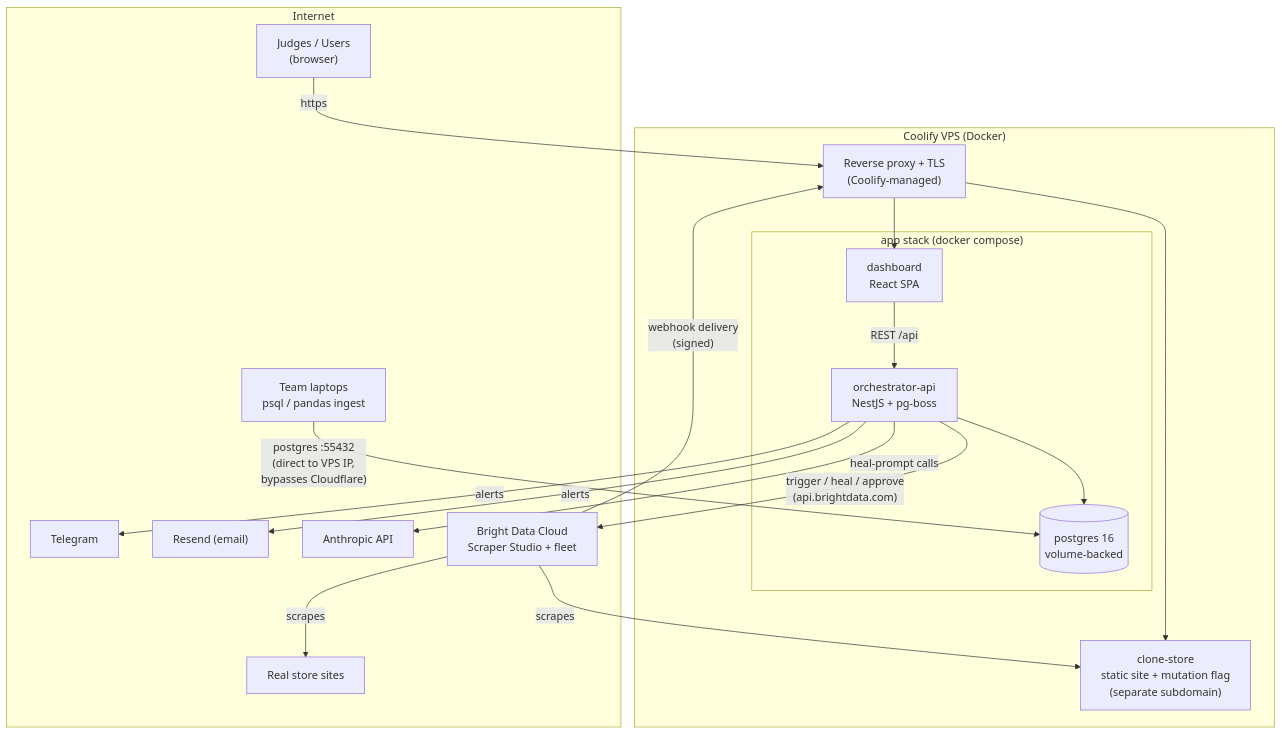
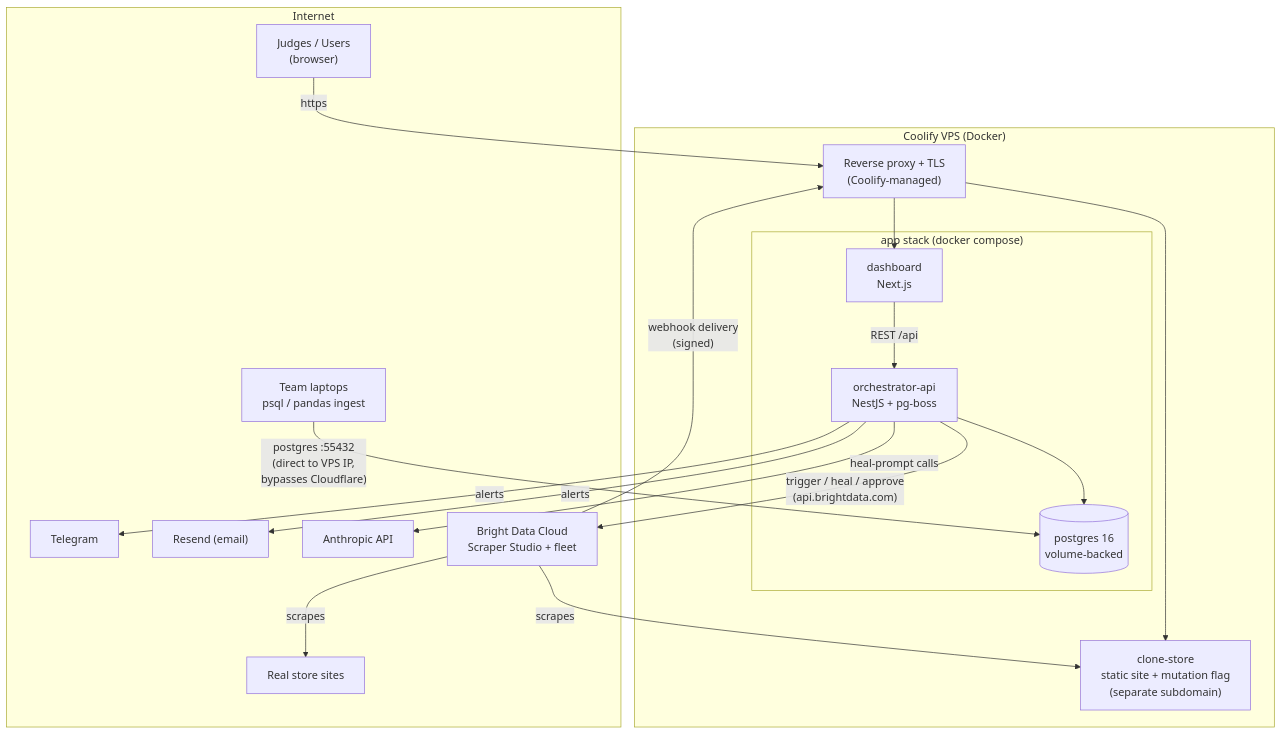
One commit to spencerjireh/basketwatch changed the fifth of 5 diagrams in docs/architecture.md. Above: the diagram before and after it, drawn with Mermaid. The commit also changed other lines of this file and 54 other files, not shown here.

````diff
--- a/docs/architecture.md
+++ b/docs/architecture.md
@@ -319,36 +329,36 @@
 ```mermaid
 flowchart TB
     subgraph INET["Internet"]
         JUDGE["Judges / Users<br/>(browser)"]
         TG["Telegram"]
         RESEND["Resend (email)"]
         ANTHROPIC["Anthropic API"]
         BDCLOUD["Bright Data Cloud<br/>Scraper Studio + fleet"]
         STORES["Real store sites"]
         TEAM["Team laptops<br/>psql / pandas ingest"]
     end
 
     subgraph COOLIFY["Coolify VPS (Docker)"]
         PROXY["Reverse proxy + TLS<br/>(Coolify-managed)"]
         subgraph APP["app stack (docker compose)"]
-            WEB["dashboard<br/>React SPA"]
+            WEB["dashboard<br/>Next.js"]
             APIC["orchestrator-api<br/>NestJS + pg-boss"]
             PG[("postgres 16<br/>volume-backed")]
         end
         CLONE["clone-store<br/>static site + mutation flag<br/>(separate subdomain)"]
     end
 
     JUDGE -->|https| PROXY
     PROXY --> WEB
     PROXY --> CLONE
     WEB -->|REST /api| APIC
     APIC --> PG
     APIC -->|"trigger / heal / approve<br/>(api.brightdata.com)"| BDCLOUD
     BDCLOUD -->|"webhook delivery<br/>(signed)"| PROXY
     BDCLOUD -->|scrapes| STORES
     BDCLOUD -->|scrapes| CLONE
     APIC -->|heal-prompt calls| ANTHROPIC
     APIC -->|alerts| RESEND
     APIC -->|alerts| TG
     TEAM -->|"postgres :55432<br/>(direct to VPS IP,<br/>bypasses Cloudflare)"| PG
 ```
````
